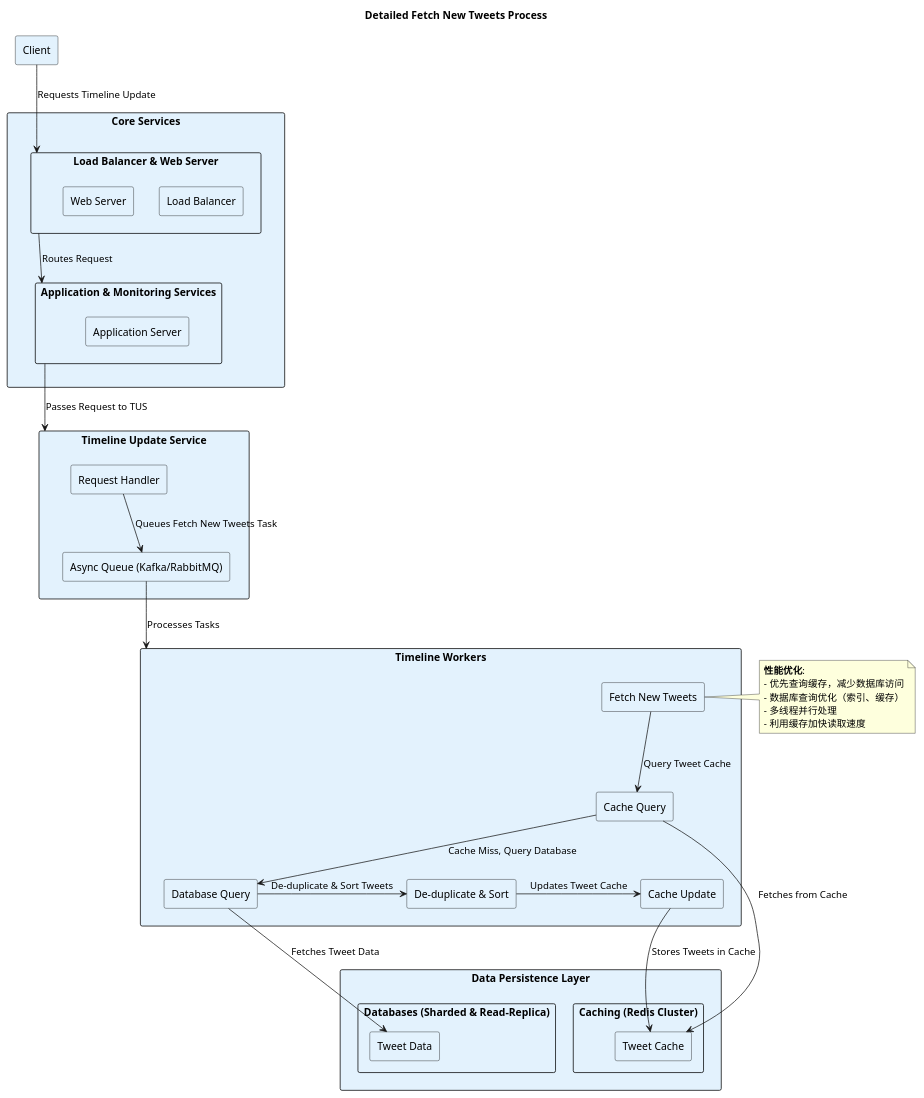
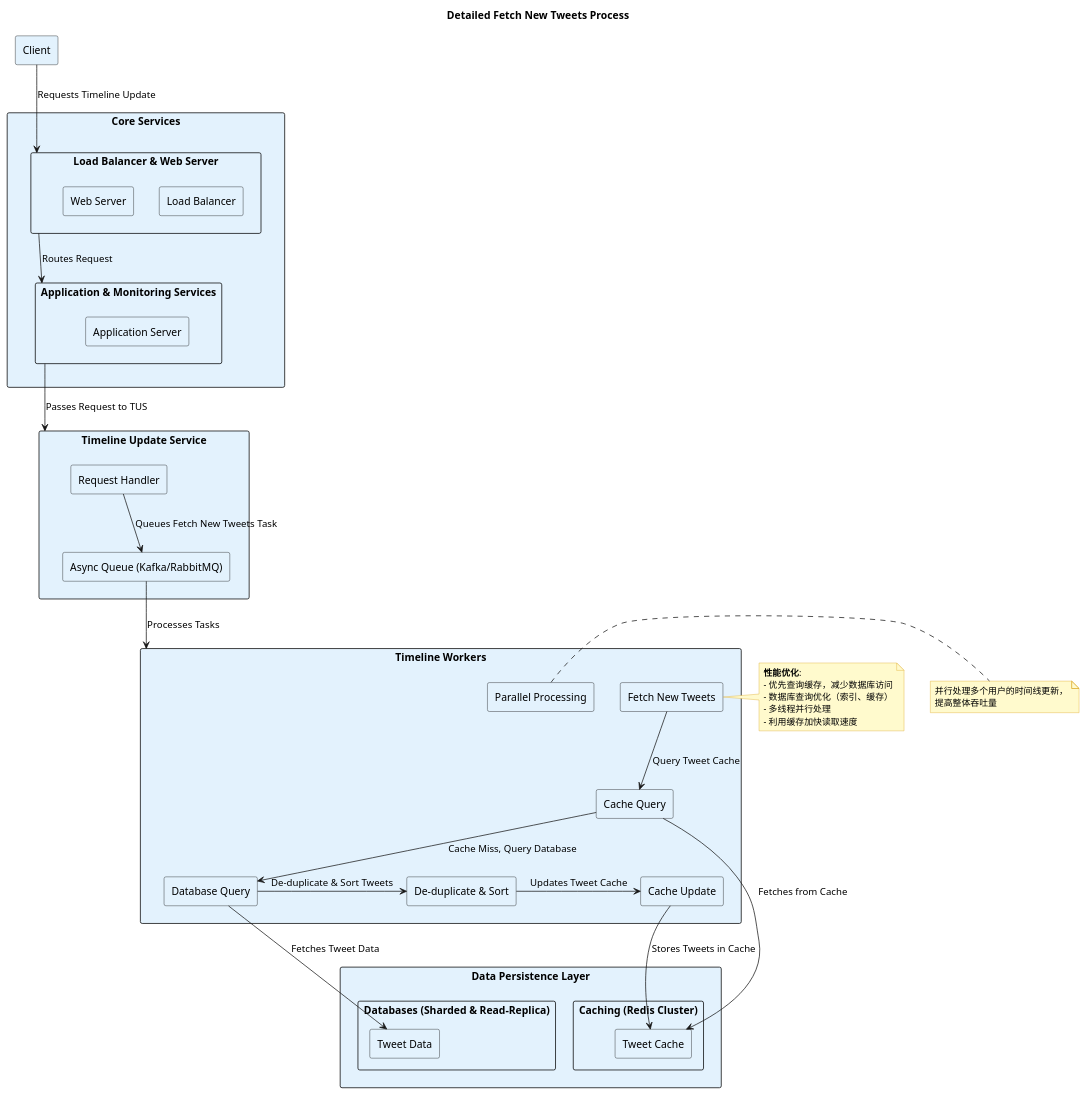
The diagram in twitter/fetch_new_tweets_detailed_architecture.puml (huangyingw/system_design), drawn with PlantUML before and after one commit.

```diff
--- a/twitter/fetch_new_tweets_detailed_architecture.puml
+++ b/twitter/fetch_new_tweets_detailed_architecture.puml
@@ -1,67 +1,80 @@
 @startuml
 
 title Detailed Fetch New Tweets Process
 
 skinparam rectangle {
     BackgroundColor #E3F2FD
     BorderColor black
     FontName "Arial"
     FontSize 14
+}
+
+skinparam note {
+    BackgroundColor #FFFACD
+    BorderColor #DAA520
+    FontSize 12
 }
 
 rectangle "Client" as Client
 
 rectangle "Core Services" as Core {
     rectangle "Load Balancer & Web Server" as LBWS {
         rectangle "Load Balancer" as LB
         rectangle "Web Server" as WS
     }
     rectangle "Application & Monitoring Services" as AMS {
         rectangle "Application Server" as AS
     }
 }
 
 rectangle "Timeline Update Service" as TUS {
     rectangle "Request Handler" as RH
     rectangle "Async Queue (Kafka/RabbitMQ)" as AQ
 }
 
 rectangle "Timeline Workers" as TW {
     rectangle "Fetch New Tweets" as FNT
     rectangle "Cache Query" as CQ
     rectangle "Database Query" as DBQ
     rectangle "De-duplicate & Sort" as DDS
     rectangle "Cache Update" as CU
+    rectangle "Parallel Processing" as PP
 }
 
 rectangle "Data Persistence Layer" as DPS {
     rectangle "Caching (Redis Cluster)" as Cache {
         rectangle "Tweet Cache" as TC
     }
     rectangle "Databases (Sharded & Read-Replica)" as DB {
         rectangle "Tweet Data" as TD
     }
 }
 
 Client -down-> LBWS : Requests Timeline Update
 LBWS -down-> AMS : Routes Request
 AMS -down-> TUS : Passes Request to TUS
 RH -down-> AQ : Queues Fetch New Tweets Task
 AQ -down-> TW : Processes Tasks
 FNT -down-> CQ : Query Tweet Cache
 CQ -right-> TC : Fetches from Cache
 CQ -down-> DBQ : Cache Miss, Query Database
 DBQ -down-> TD : Fetches Tweet Data
 DBQ -right-> DDS : De-duplicate & Sort Tweets
 DDS -right-> CU : Updates Tweet Cache
 CU -right-> TC : Stores Tweets in Cache
+PP -[hidden]right-> FNT
 
 note right of FNT
   **性能优化**:
   - 优先查询缓存，减少数据库访问
   - 数据库查询优化（索引、缓存）
   - 多线程并行处理
   - 利用缓存加快读取速度
 end note
 
+note right of PP
+  并行处理多个用户的时间线更新，
+  提高整体吞吐量
+end note
+
 @enduml
```
